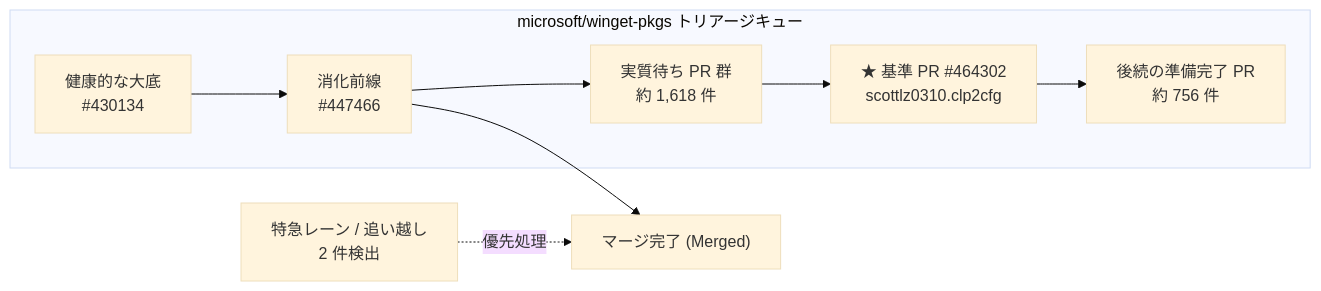
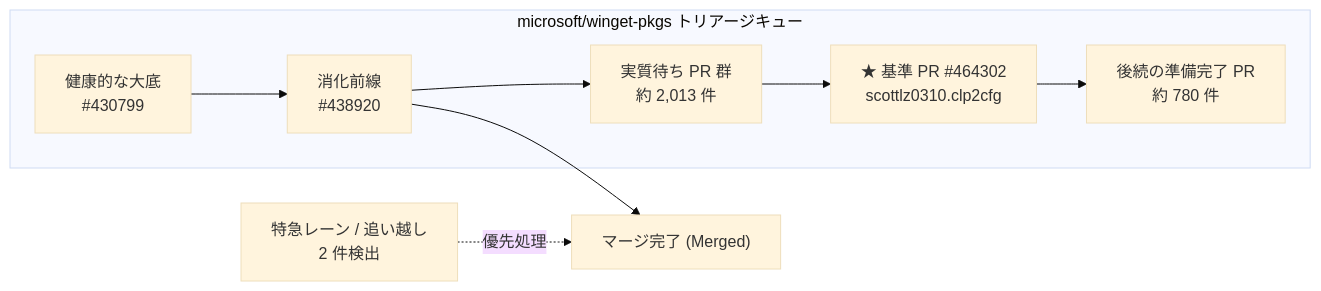
The diagram in SUMMARY.md (scottlz0310/winget-observatory), drawn with Mermaid (base theme) before and after one commit. The commit also changed other lines of this file and 4 other files, not shown here.

````diff
--- a/SUMMARY.md
+++ b/SUMMARY.md
@@ -21,11 +21,11 @@
 ```mermaid
 flowchart LR
     subgraph Queue ["microsoft/winget-pkgs トリアージキュー"]
-        HB["健康的な大底<br/>#430134"] --> Front["消化前線<br/>#447466"]
-        Front --> Ahead["実質待ち PR 群<br/>約 1,618 件"]
+        HB["健康的な大底<br/>#430799"] --> Front["消化前線<br/>#438920"]
+        Front --> Ahead["実質待ち PR 群<br/>約 2,013 件"]
         Ahead --> Target["★ 基準 PR #464302<br/>scottlz0310.clp2cfg"]
-        Target --> Behind["後続の準備完了 PR<br/>約 756 件"]
+        Target --> Behind["後続の準備完了 PR<br/>約 780 件"]
     end
     Front --> Merged["マージ完了 (Merged)"]
     Express["特急レーン / 追い越し<br/>2 件検出"] -.->|優先処理| Merged
 ```
````
